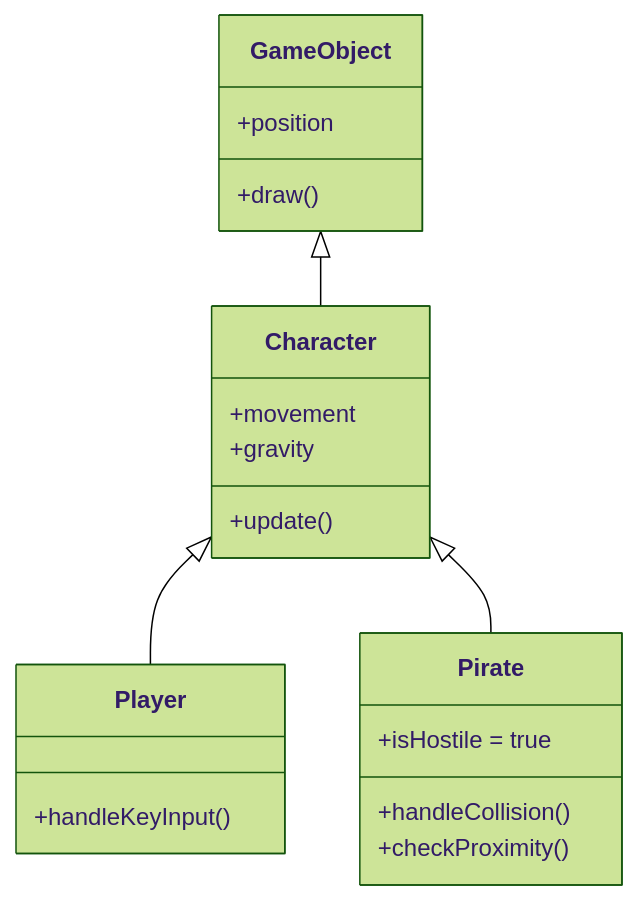
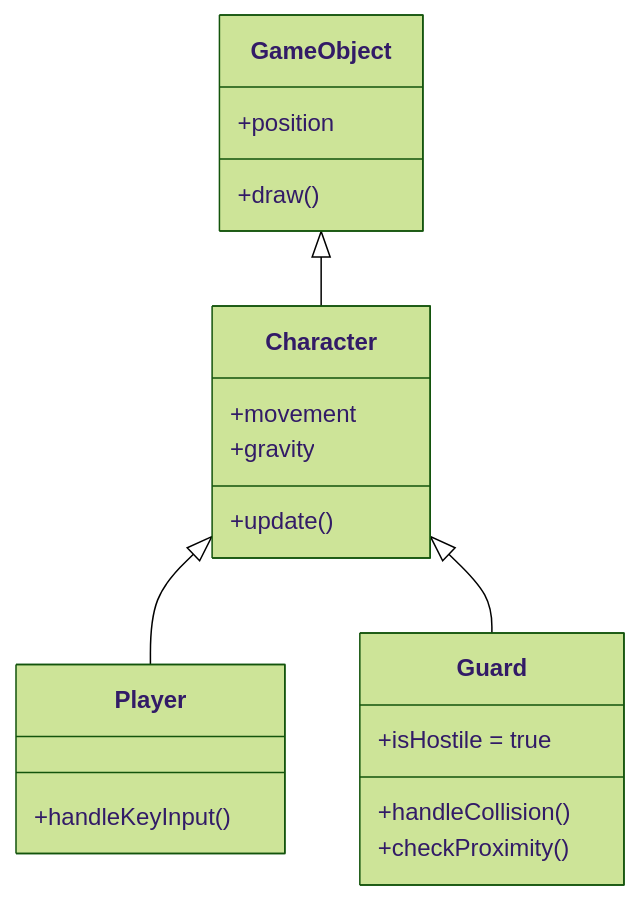
One commit to MOOPA01/portfoliov19 changed the diagram in _posts/CS111/CS111 Documentation/2026-03-19-Object-Oriented-Programming.md. Above: the diagram before and after it, drawn with Mermaid (forest theme). The commit also changed other lines of this file, not shown here.

````diff
--- a/_posts/CS111/CS111 Documentation/2026-03-19-Object-Oriented-Programming.md
+++ b/_posts/CS111/CS111 Documentation/2026-03-19-Object-Oriented-Programming.md
@@ -110,24 +110,24 @@
 ```mermaid
 classDiagram
     class GameObject {
         +position
         +draw()
     }
     class Character {
         +movement
         +gravity
         +update()
     }
     class Player {
         +handleKeyInput()
     }
-    class Pirate {
+    class Guard {
         +isHostile = true
         +handleCollision()
         +checkProximity()
     }
 
     GameObject <|-- Character
     Character <|-- Player
-    Character <|-- Pirate
+    Character <|-- Guard
 ```
````
